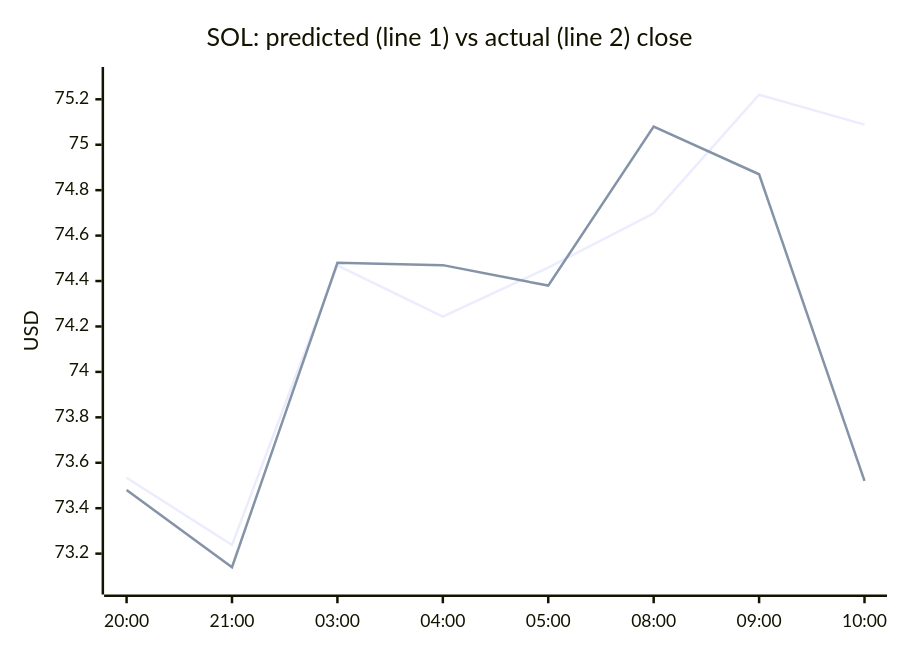
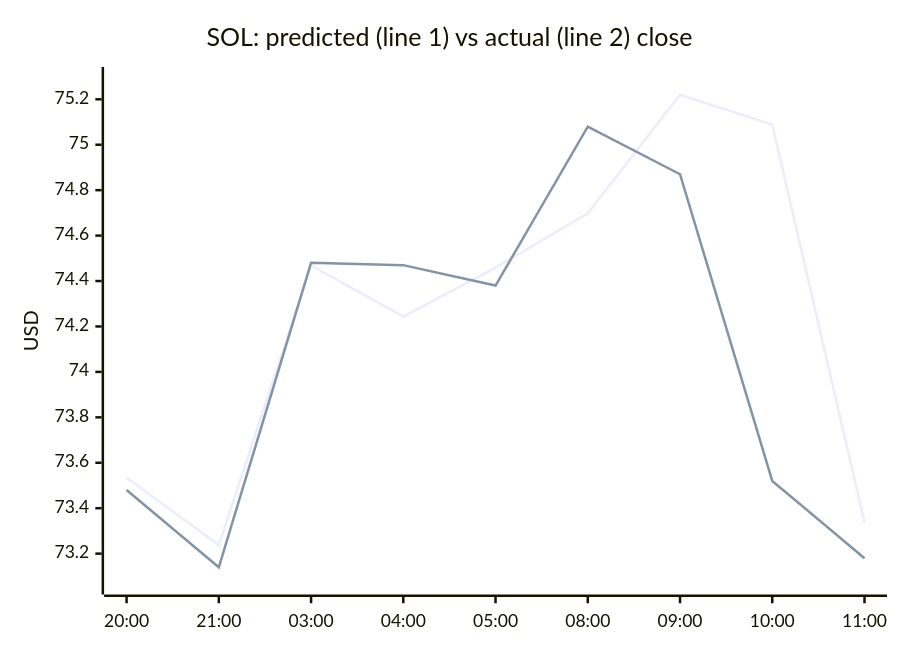
Before and after one commit to samuelkreitl-wq/crypto-hourly-forecaster: the third of 4 diagrams in README.md, drawn with Mermaid. The commit also changed other lines of this file and 14 other files, not shown here.

````diff
--- a/README.md
+++ b/README.md
@@ -56,8 +56,8 @@
 ```mermaid
 xychart-beta
     title "SOL: predicted (line 1) vs actual (line 2) close"
-    x-axis ["20:00", "21:00", "03:00", "04:00", "05:00", "08:00", "09:00", "10:00"]
+    x-axis ["20:00", "21:00", "03:00", "04:00", "05:00", "08:00", "09:00", "10:00", "11:00"]
     y-axis "USD" 73.0669 --> 75.2954
-    line [73.5341, 73.2381, 74.4685, 74.2437, 74.4589, 74.6981, 75.2202, 75.0883]
-    line [73.4800, 73.1400, 74.4800, 74.4700, 74.3800, 75.0800, 74.8700, 73.5200]
+    line [73.5341, 73.2381, 74.4685, 74.2437, 74.4589, 74.6981, 75.2202, 75.0883, 73.3377]
+    line [73.4800, 73.1400, 74.4800, 74.4700, 74.3800, 75.0800, 74.8700, 73.5200, 73.1800]
 ```
````
